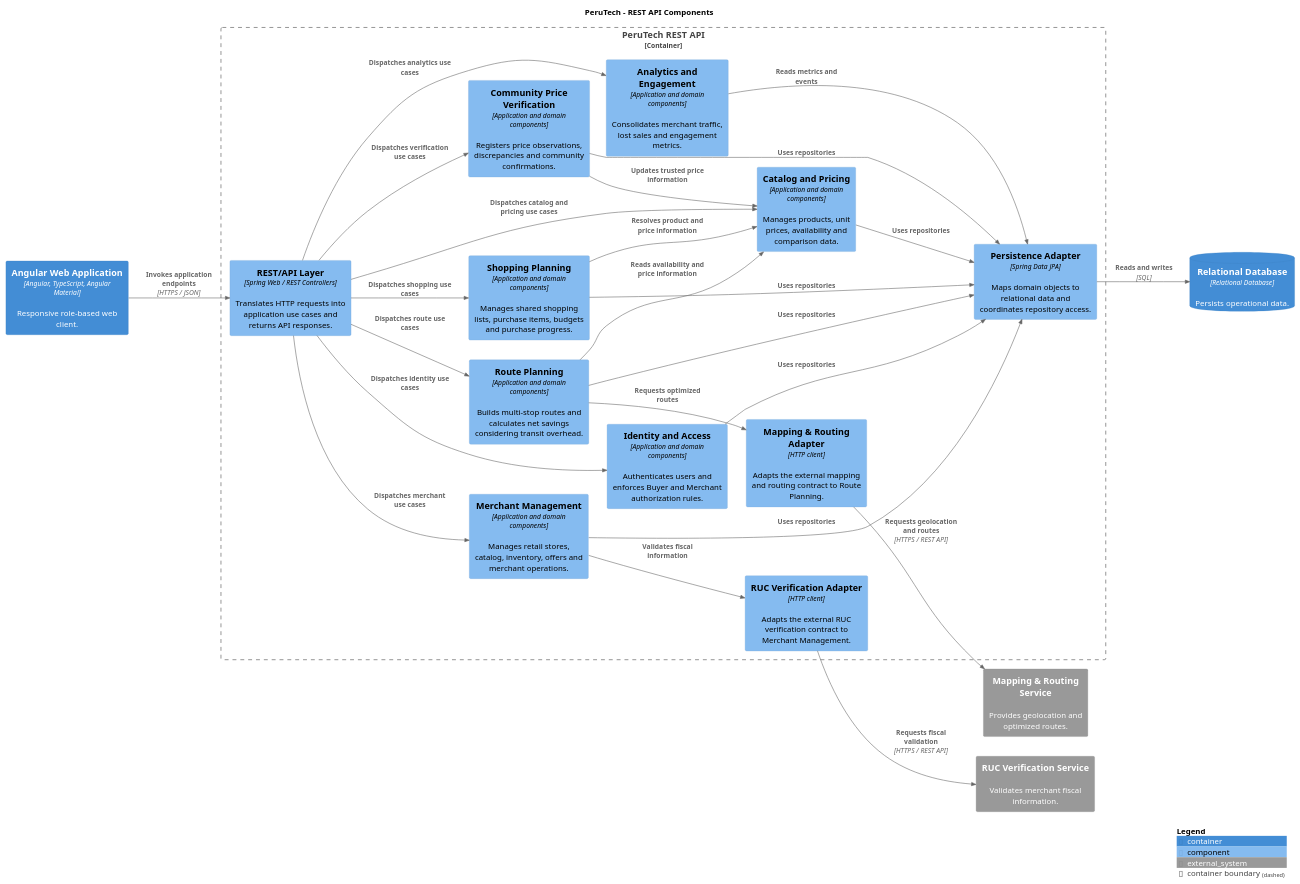
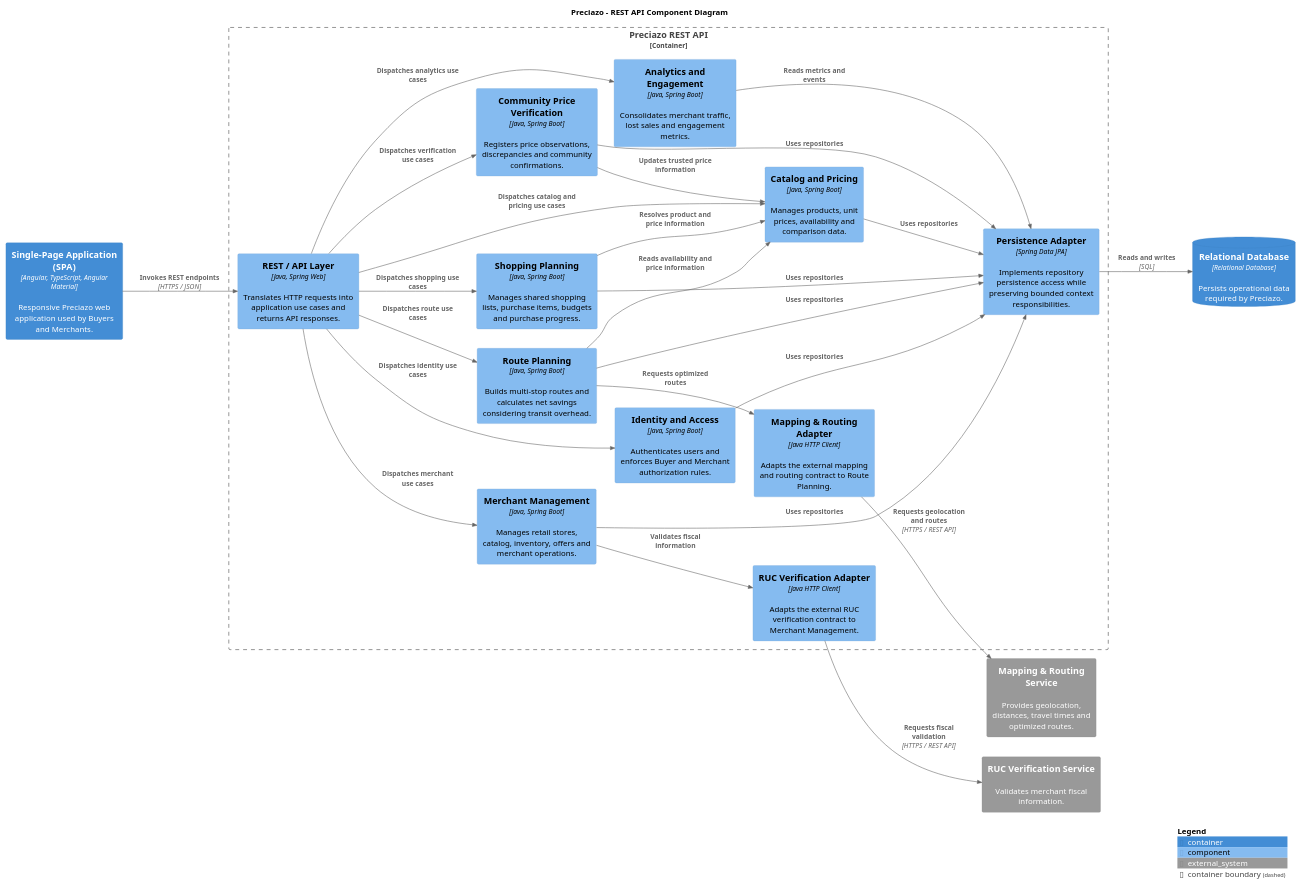
The diagram in docs/architecture/c4-components-backend.puml (Open-Source-1ASI0729-2620-7750/PeruTech-Report), drawn with PlantUML before and after one commit. The commit also changed 4 other files, not shown here.

Commit message:
docs(architecture): align C4 components and report with Preciazo

```diff
--- a/docs/architecture/c4-components-backend.puml
+++ b/docs/architecture/c4-components-backend.puml
@@ -1,54 +1,54 @@
-@startuml PeruTech_C4_Components_Backend
+@startuml Preciazo_C4_Components_Backend
 
 !include <C4/C4_Component>
 
 LAYOUT_LEFT_RIGHT()
 
-title PeruTech - REST API Components
+title Preciazo - REST API Component Diagram
 
-Container(web, "Angular Web Application", "Angular, TypeScript, Angular Material", "Responsive role-based web client.")
-System_Ext(routing, "Mapping & Routing Service", "Provides geolocation and optimized routes.")
+Container(web, "Single-Page Application (SPA)", "Angular, TypeScript, Angular Material", "Responsive Preciazo web application used by Buyers and Merchants.")
+System_Ext(routing, "Mapping & Routing Service", "Provides geolocation, distances, travel times and optimized routes.")
 System_Ext(ruc, "RUC Verification Service", "Validates merchant fiscal information.")
-ContainerDb(database, "Relational Database", "Relational Database", "Persists operational data.")
+ContainerDb(database, "Relational Database", "Relational Database", "Persists operational data required by Preciazo.")
 
-Container_Boundary(api, "PeruTech REST API") {
-    Component(rest, "REST/API Layer", "Spring Web / REST Controllers", "Translates HTTP requests into application use cases and returns API responses.")
-    Component(identity, "Identity and Access", "Application and domain components", "Authenticates users and enforces Buyer and Merchant authorization rules.")
-    Component(shopping, "Shopping Planning", "Application and domain components", "Manages shared shopping lists, purchase items, budgets and purchase progress.")
-    Component(catalog, "Catalog and Pricing", "Application and domain components", "Manages products, unit prices, availability and comparison data.")
-    Component(route, "Route Planning", "Application and domain components", "Builds multi-stop routes and calculates net savings considering transit overhead.")
-    Component(merchant, "Merchant Management", "Application and domain components", "Manages retail stores, catalog, inventory, offers and merchant operations.")
-    Component(verification, "Community Price Verification", "Application and domain components", "Registers price observations, discrepancies and community confirmations.")
-    Component(analytics, "Analytics and Engagement", "Application and domain components", "Consolidates merchant traffic, lost sales and engagement metrics.")
-    Component(persistence, "Persistence Adapter", "Spring Data JPA", "Maps domain objects to relational data and coordinates repository access.")
-    Component(mapping, "Mapping & Routing Adapter", "HTTP client", "Adapts the external mapping and routing contract to Route Planning.")
-    Component(rucAdapter, "RUC Verification Adapter", "HTTP client", "Adapts the external RUC verification contract to Merchant Management.")
+Container_Boundary(api, "Preciazo REST API") {
+    Component(rest, "REST / API Layer", "Java, Spring Web", "Translates HTTP requests into application use cases and returns API responses.")
+    Component(identity, "Identity and Access", "Java, Spring Boot", "Authenticates users and enforces Buyer and Merchant authorization rules.")
+    Component(shopping, "Shopping Planning", "Java, Spring Boot", "Manages shared shopping lists, purchase items, budgets and purchase progress.")
+    Component(catalog, "Catalog and Pricing", "Java, Spring Boot", "Manages products, unit prices, availability and comparison data.")
+    Component(route, "Route Planning", "Java, Spring Boot", "Builds multi-stop routes and calculates net savings considering transit overhead.")
+    Component(merchant, "Merchant Management", "Java, Spring Boot", "Manages retail stores, catalog, inventory, offers and merchant operations.")
+    Component(verification, "Community Price Verification", "Java, Spring Boot", "Registers price observations, discrepancies and community confirmations.")
+    Component(analytics, "Analytics and Engagement", "Java, Spring Boot", "Consolidates merchant traffic, lost sales and engagement metrics.")
+    Component(persistence, "Persistence Adapter", "Spring Data JPA", "Implements repository persistence access while preserving bounded context responsibilities.")
+    Component(mapping, "Mapping & Routing Adapter", "Java HTTP Client", "Adapts the external mapping and routing contract to Route Planning.")
+    Component(rucAdapter, "RUC Verification Adapter", "Java HTTP Client", "Adapts the external RUC verification contract to Merchant Management.")
 }
 
-Rel(web, rest, "Invokes application endpoints", "HTTPS / JSON")
+Rel(web, rest, "Invokes REST endpoints", "HTTPS / JSON")
 Rel(rest, identity, "Dispatches identity use cases")
 Rel(rest, shopping, "Dispatches shopping use cases")
 Rel(rest, catalog, "Dispatches catalog and pricing use cases")
 Rel(rest, route, "Dispatches route use cases")
 Rel(rest, merchant, "Dispatches merchant use cases")
 Rel(rest, verification, "Dispatches verification use cases")
 Rel(rest, analytics, "Dispatches analytics use cases")
 Rel(identity, persistence, "Uses repositories")
 Rel(shopping, catalog, "Resolves product and price information")
 Rel(shopping, persistence, "Uses repositories")
 Rel(catalog, persistence, "Uses repositories")
 Rel(route, catalog, "Reads availability and price information")
 Rel(route, mapping, "Requests optimized routes")
 Rel(route, persistence, "Uses repositories")
 Rel(merchant, rucAdapter, "Validates fiscal information")
 Rel(merchant, persistence, "Uses repositories")
 Rel(verification, catalog, "Updates trusted price information")
 Rel(verification, persistence, "Uses repositories")
 Rel(analytics, persistence, "Reads metrics and events")
 Rel(persistence, database, "Reads and writes", "SQL")
 Rel(mapping, routing, "Requests geolocation and routes", "HTTPS / REST API")
 Rel(rucAdapter, ruc, "Requests fiscal validation", "HTTPS / REST API")
 
 SHOW_LEGEND()
 
 @enduml
```
